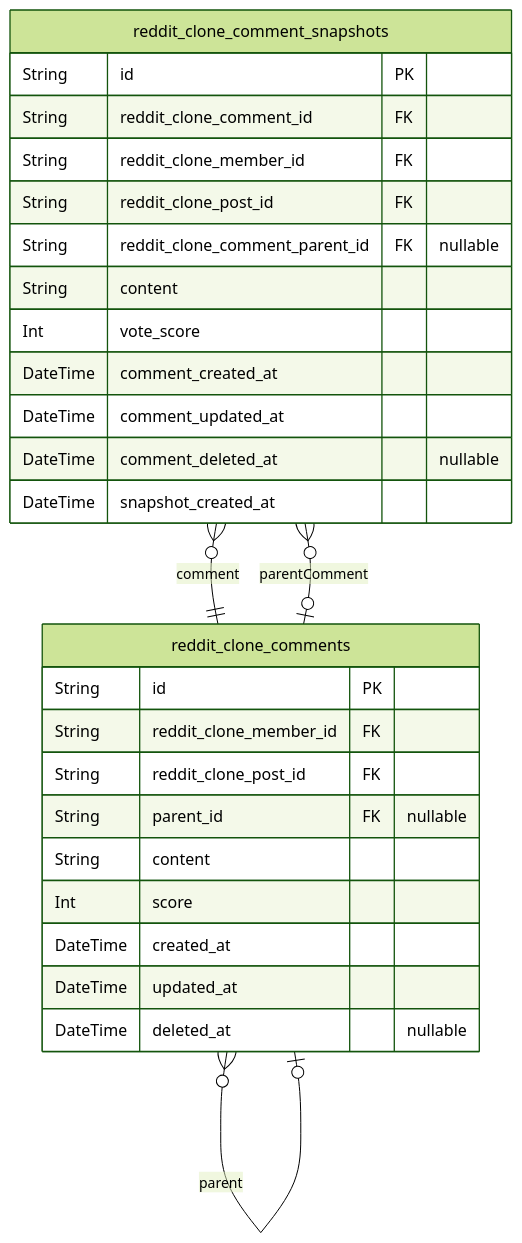
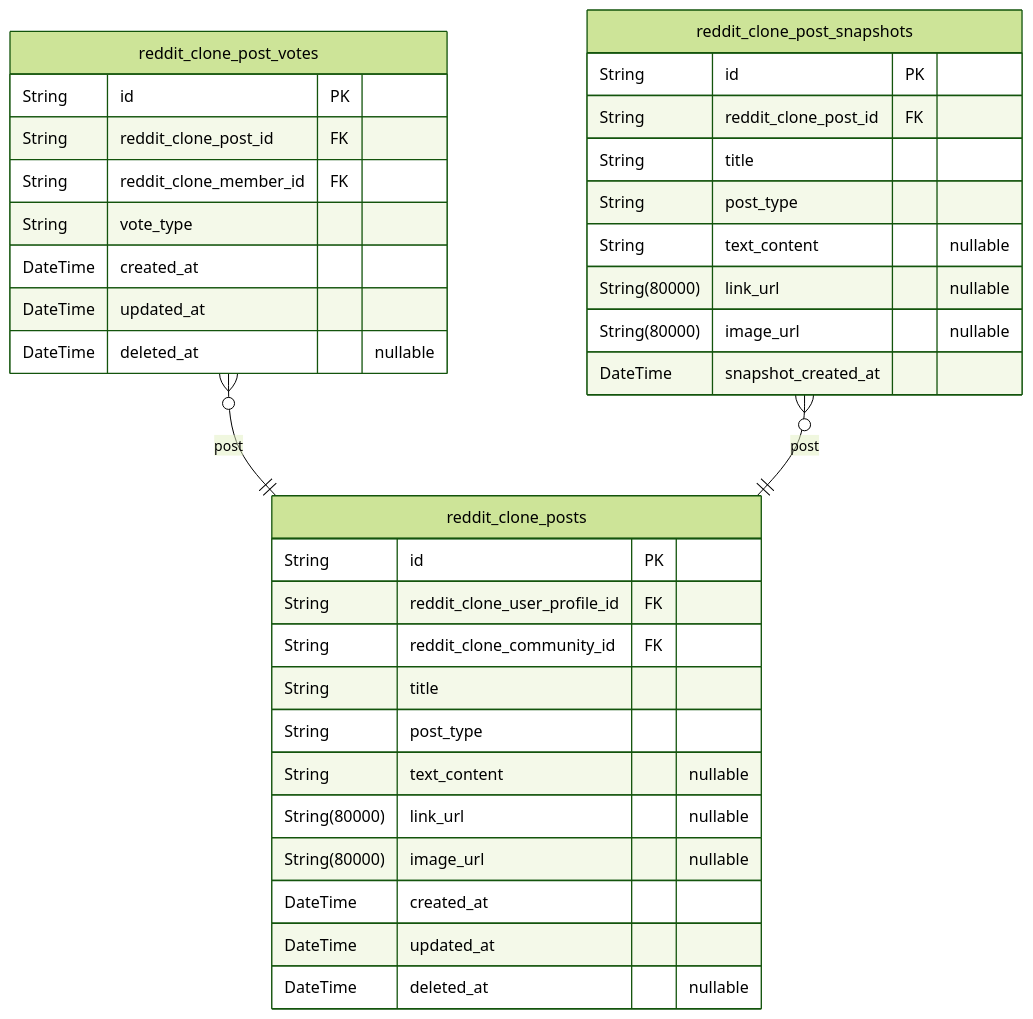
Before and after one commit to wrtnlabs/autobe-examples: the fourth of 6 diagrams in qwen/qwen3.5-27b/reddit/docs/ERD.md, drawn with Mermaid (forest theme). The commit also changed other lines of this file and 32093 other files, not shown here.

````diff
--- a/qwen/qwen3.5-27b/reddit/docs/ERD.md
+++ b/qwen/qwen3.5-27b/reddit/docs/ERD.md
@@ -752,30 +784,37 @@
 ```mermaid
 erDiagram
-"reddit_clone_comments" {
+"reddit_clone_posts" {
   String id PK
-  String reddit_clone_member_id FK
-  String reddit_clone_post_id FK
-  String parent_id FK "nullable"
-  String content
-  Int score
+  String reddit_clone_user_profile_id FK
+  String reddit_clone_community_id FK
+  String title
+  String post_type
+  String text_content "nullable"
+  String(80000) link_url "nullable"
+  String(80000) image_url "nullable"
   DateTime created_at
   DateTime updated_at
   DateTime deleted_at "nullable"
 }
-"reddit_clone_comment_snapshots" {
+"reddit_clone_post_votes" {
   String id PK
-  String reddit_clone_comment_id FK
+  String reddit_clone_post_id FK
   String reddit_clone_member_id FK
+  String vote_type
+  DateTime created_at
+  DateTime updated_at
+  DateTime deleted_at "nullable"
+}
+"reddit_clone_post_snapshots" {
+  String id PK
   String reddit_clone_post_id FK
-  String reddit_clone_comment_parent_id FK "nullable"
-  String content
-  Int vote_score
-  DateTime comment_created_at
-  DateTime comment_updated_at
-  DateTime comment_deleted_at "nullable"
+  String title
+  String post_type
+  String text_content "nullable"
+  String(80000) link_url "nullable"
+  String(80000) image_url "nullable"
   DateTime snapshot_created_at
 }
-"reddit_clone_comments" }o--o| "reddit_clone_comments" : parent
-"reddit_clone_comment_snapshots" }o--|| "reddit_clone_comments" : comment
-"reddit_clone_comment_snapshots" }o--o| "reddit_clone_comments" : parentComment
+"reddit_clone_post_votes" }o--|| "reddit_clone_posts" : post
+"reddit_clone_post_snapshots" }o--|| "reddit_clone_posts" : post
 ```
````
